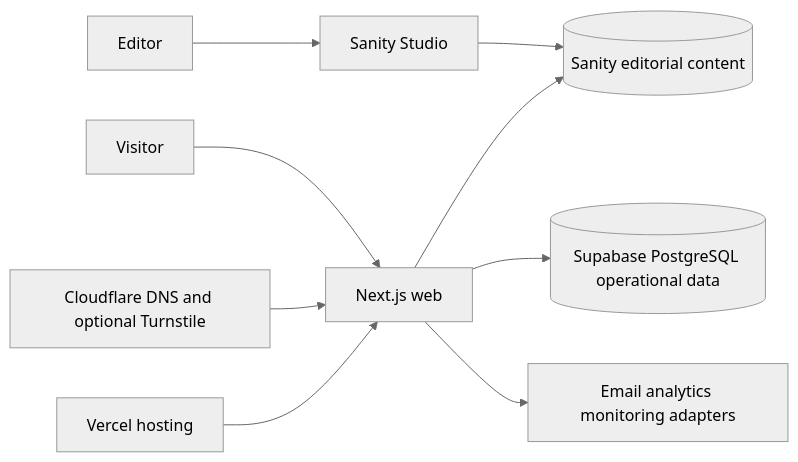
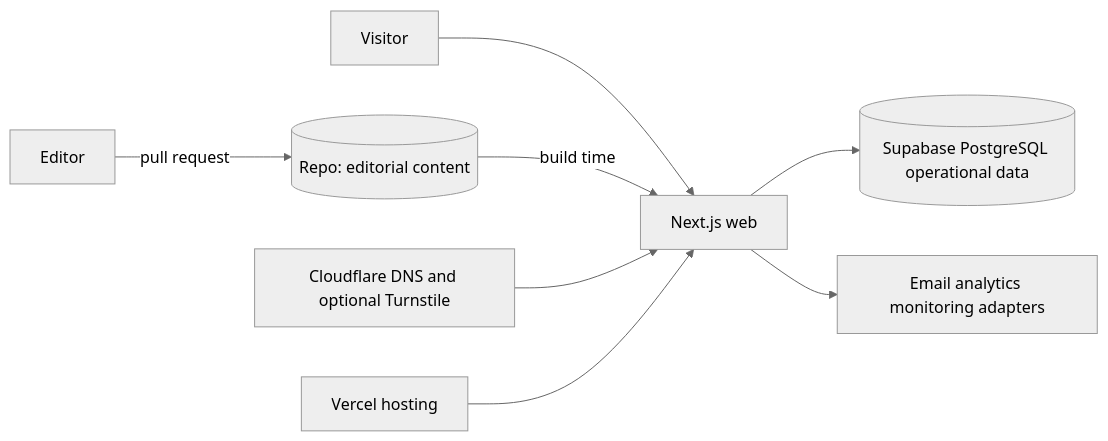
One commit to Isaacpyo/vitalos-platform changed the diagram in docs/architecture/system-context.md. Above: the diagram before and after it, drawn with Mermaid (neutral theme). The commit also changed 237 other files, not shown here.

````diff
--- a/docs/architecture/system-context.md
+++ b/docs/architecture/system-context.md
@@ -3,11 +3,10 @@
 ```mermaid
 flowchart LR
 Visitor --> Web[Next.js web]
-Editor --> Studio[Sanity Studio]
-Studio --> Sanity[(Sanity editorial content)]
-Web --> Sanity
+Editor -->|pull request| Repo[(Repo: editorial content)]
+Repo -->|build time| Web
 Web --> Postgres[(Supabase PostgreSQL operational data)]
 Web --> Providers[Email analytics monitoring adapters]
 Cloudflare[Cloudflare DNS and optional Turnstile] --> Web
 Vercel[Vercel hosting] --> Web
 ```
````
